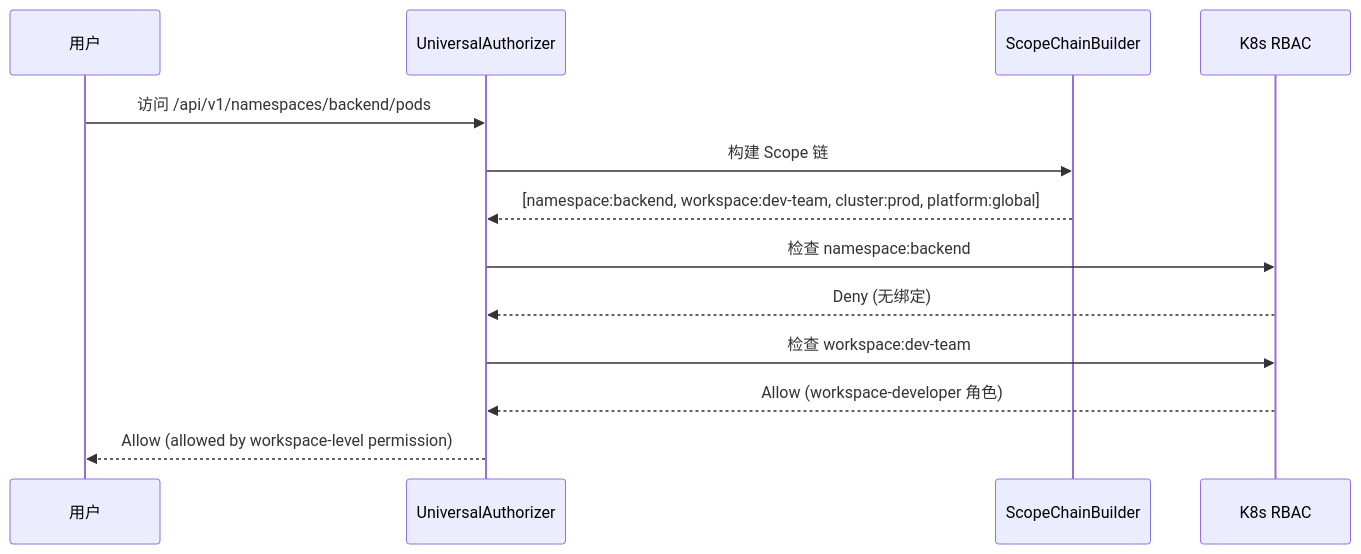
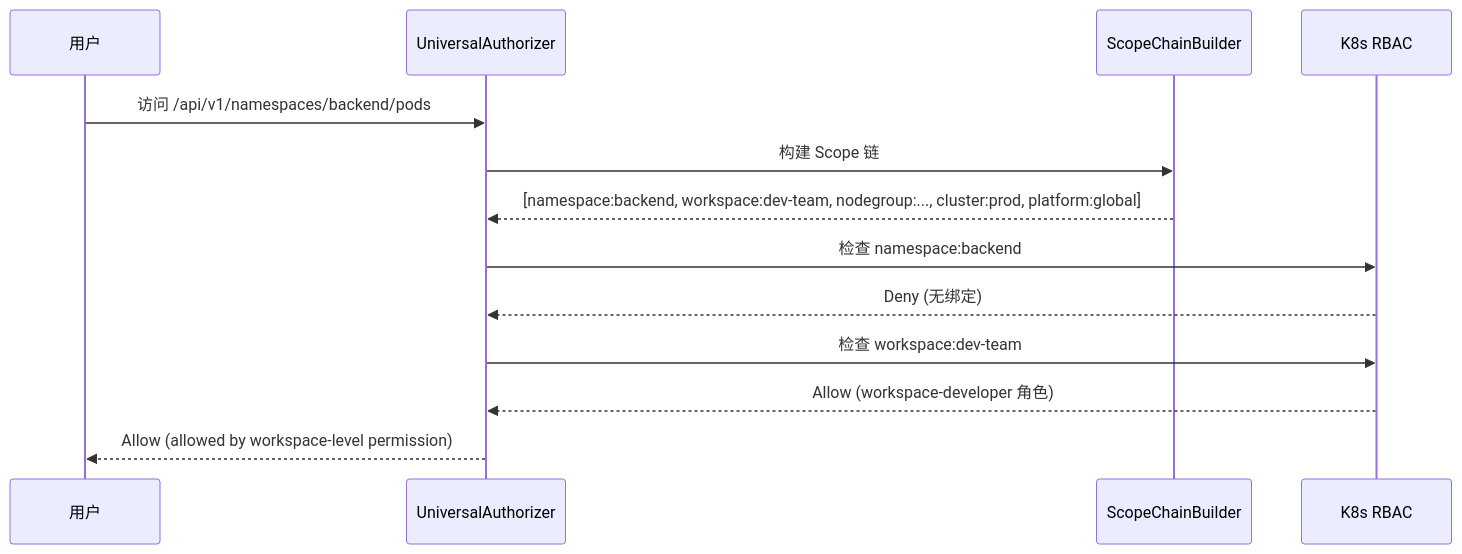
One commit to imneov/edge-website changed the third of 3 diagrams in docs/developer/permissions/cascading.md. Above: the diagram before and after it, drawn with Mermaid. The commit also changed other lines of this file and 16 other files, not shown here.

````diff
--- a/docs/developer/permissions/cascading.md
+++ b/docs/developer/permissions/cascading.md
@@ -89,19 +87,19 @@
 ```mermaid
 sequenceDiagram
     participant User as 用户
     participant Auth as UniversalAuthorizer
     participant Scope as ScopeChainBuilder
     participant RBAC as K8s RBAC
 
     User->>Auth: 访问 /api/v1/namespaces/backend/pods
     Auth->>Scope: 构建 Scope 链
-    Scope-->>Auth: [namespace:backend, workspace:dev-team, cluster:prod, platform:global]
+    Scope-->>Auth: [namespace:backend, workspace:dev-team, nodegroup:..., cluster:prod, platform:global]
 
     Auth->>RBAC: 检查 namespace:backend
     RBAC-->>Auth: Deny (无绑定)
 
     Auth->>RBAC: 检查 workspace:dev-team
     RBAC-->>Auth: Allow (workspace-developer 角色)
 
     Auth-->>User: Allow (allowed by workspace-level permission)
 ```
````
